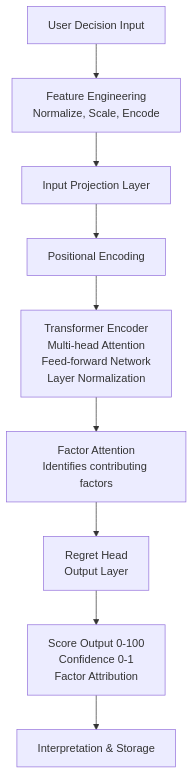
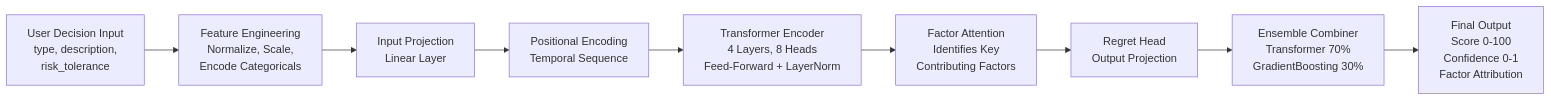
One commit to sayon999-d/career-regret-ai- changed the second of 4 diagrams in models/README.md. Above: the diagram before and after it, drawn with Mermaid. The commit also changed other lines of this file and 26 other files, not shown here.

````diff
--- a/models/README.md
+++ b/models/README.md
@@ -91,21 +79,21 @@
 ```mermaid
-graph TD
-    A["User Decision Input"]
-    B["Feature Engineering<br/>Normalize, Scale, Encode"]
-    C["Input Projection Layer"]
-    D["Positional Encoding"]
-    E["Transformer Encoder<br/>Multi-head Attention<br/>Feed-forward Network<br/>Layer Normalization"]
-    F["Factor Attention<br/>Identifies contributing factors"]
-    G["Regret Head<br/>Output Layer"]
-    H["Score Output 0-100<br/>Confidence 0-1<br/>Factor Attribution"]
-    I["Interpretation & Storage"]
-    
+graph LR
+    A["User Decision Input<br/>type, description,<br/>risk_tolerance"]
+    B["Feature Engineering<br/>Normalize, Scale,<br/>Encode Categoricals"]
+    C["Input Projection<br/>Linear Layer"]
+    D["Positional Encoding<br/>Temporal Sequence"]
+    E["Transformer Encoder<br/>4 Layers, 8 Heads<br/>Feed-Forward + LayerNorm"]
+    F["Factor Attention<br/>Identifies Key<br/>Contributing Factors"]
+    G["Regret Head<br/>Output Projection"]
+    H["Ensemble Combiner<br/>Transformer 70%<br/>GradientBoosting 30%"]
+    I["Final Output<br/>Score 0-100<br/>Confidence 0-1<br/>Factor Attribution"]
+
     A --> B
     B --> C
     C --> D
     D --> E
     E --> F
     F --> G
     G --> H
     H --> I
 ```
````
